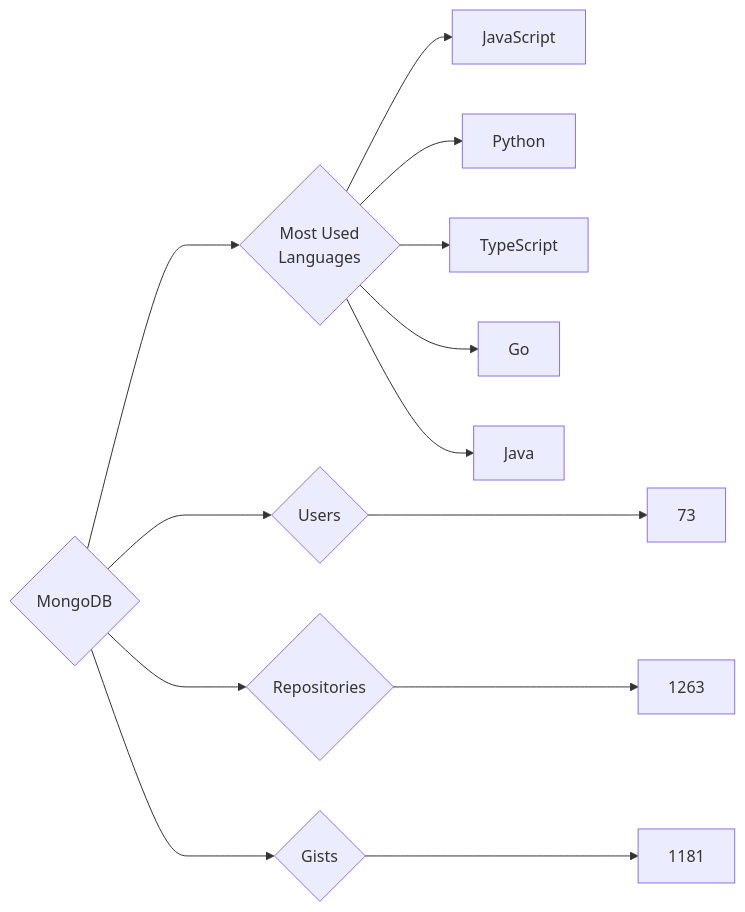
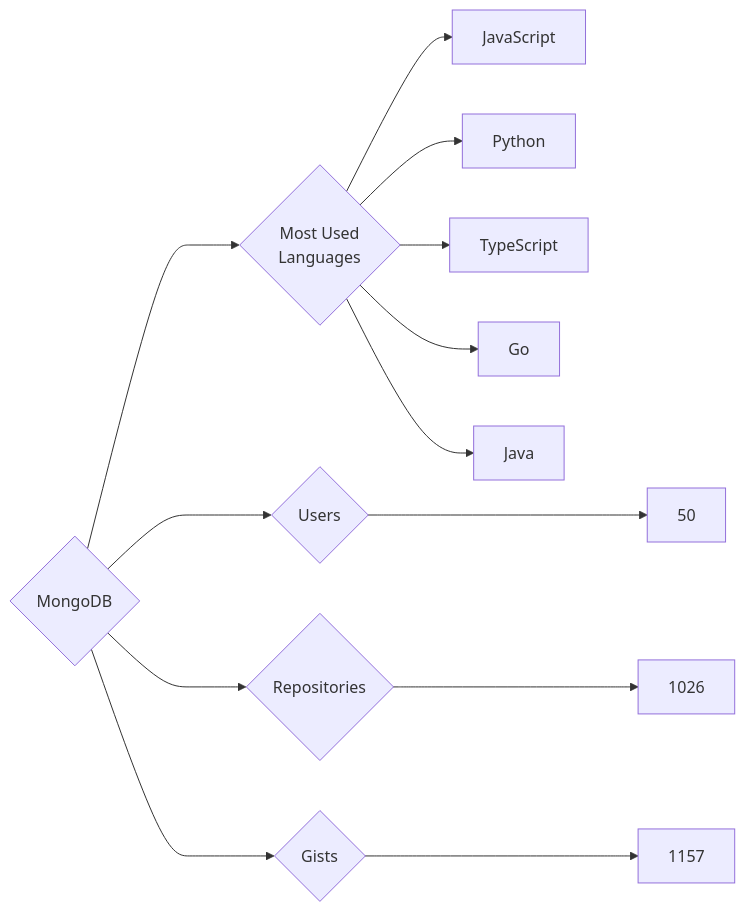
The diagram in targets/MongoDB/README.md (trickest/insiders), drawn with Mermaid before and after one commit. The commit also changed 940 other files, not shown here.

````diff
--- a/targets/MongoDB/README.md
+++ b/targets/MongoDB/README.md
@@ -3,13 +3,13 @@
 ```mermaid
 graph LR
 COMPANY_NAME{MongoDB}
-COMPANY_NAME ---> U{Users} ---> UN[73]
-COMPANY_NAME ---> R{Repositories} ---> RN[1263]
-COMPANY_NAME ---> G{Gists} ---> GN[1181]
+COMPANY_NAME ---> U{Users} ---> UN[50]
+COMPANY_NAME ---> R{Repositories} ---> RN[1026]
+COMPANY_NAME ---> G{Gists} ---> GN[1157]
 COMPANY_NAME ---> ML{Most Used<br>Languages}
 ML --> JavaScript[JavaScript]
 ML --> Python[Python]
 ML --> TypeScript[TypeScript]
 ML --> Go[Go]
 ML --> Java[Java]
 ```
````
